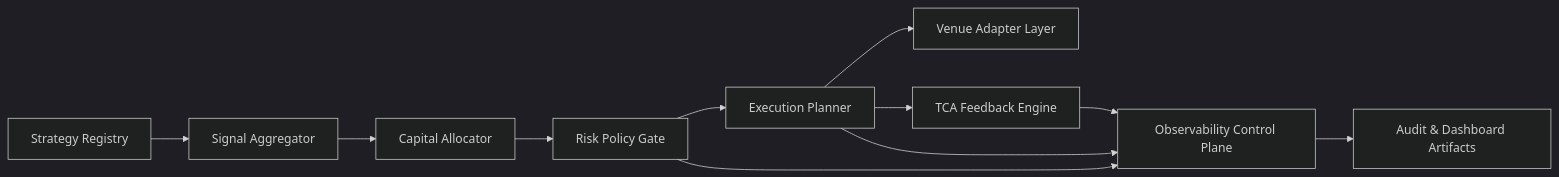
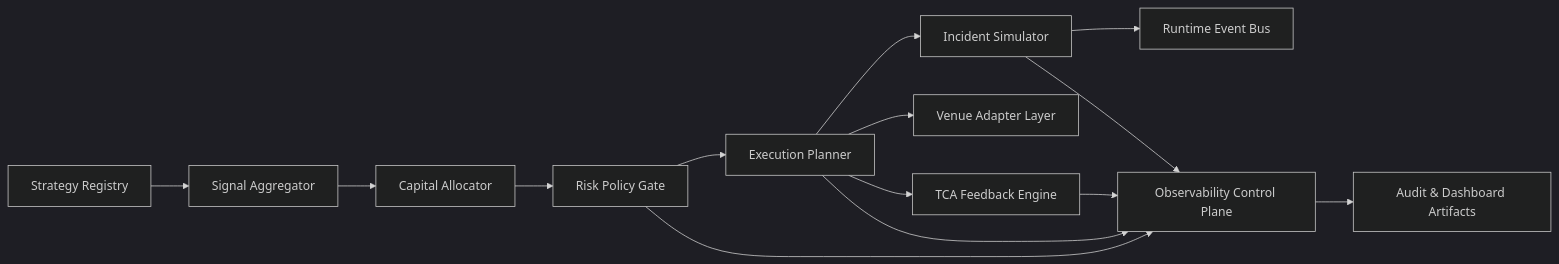
One commit to MaxLaurieHutchinson/equities-fund-launch-platform changed the diagram in docs/ARCHITECTURE.md. Above: the diagram before and after it, drawn with Mermaid (dark theme). The commit also changed other lines of this file and 12 other files, not shown here.

Commit message:
feat: add phase 3 market incident simulation runtime

````diff
--- a/docs/ARCHITECTURE.md
+++ b/docs/ARCHITECTURE.md
@@ -5,13 +5,16 @@
 ```mermaid
 flowchart LR
     A["Strategy Registry"] --> B["Signal Aggregator"]
     B --> C["Capital Allocator"]
     C --> D["Risk Policy Gate"]
     D --> E["Execution Planner"]
+    E --> J["Incident Simulator"]
+    J --> K["Runtime Event Bus"]
     E --> F["Venue Adapter Layer"]
     E --> G["TCA Feedback Engine"]
     D --> H["Observability Control Plane"]
+    J --> H
     E --> H
     G --> H
     H --> I["Audit & Dashboard Artifacts"]
 ```
````
